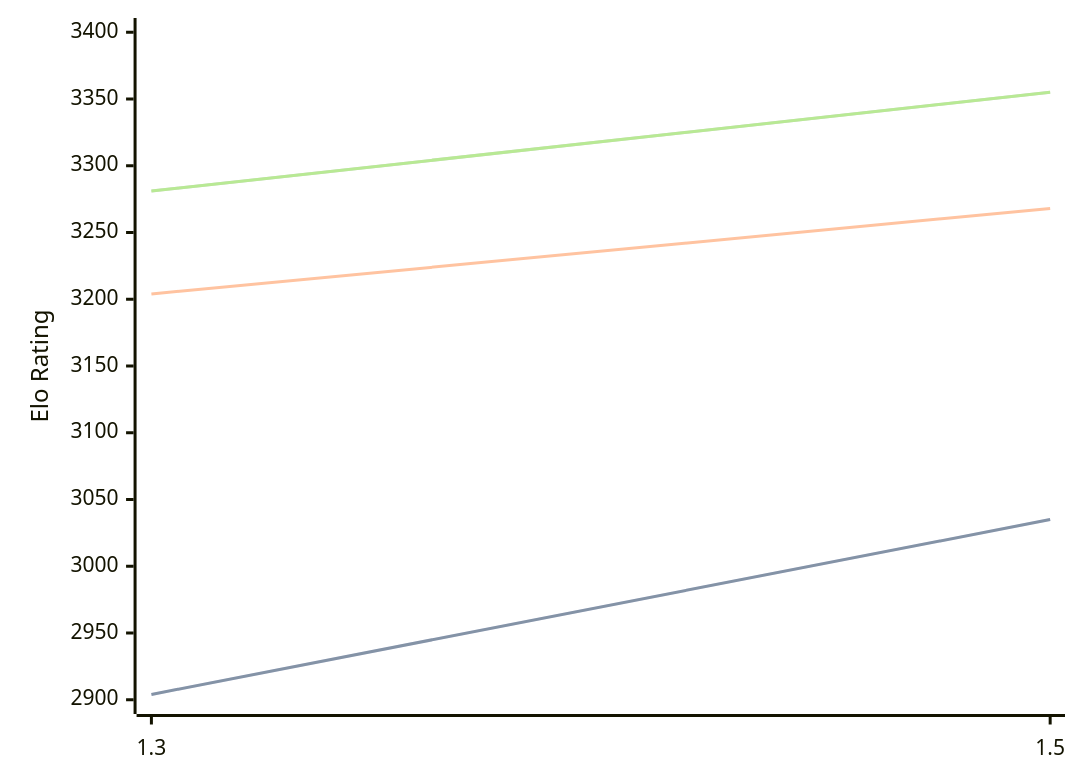
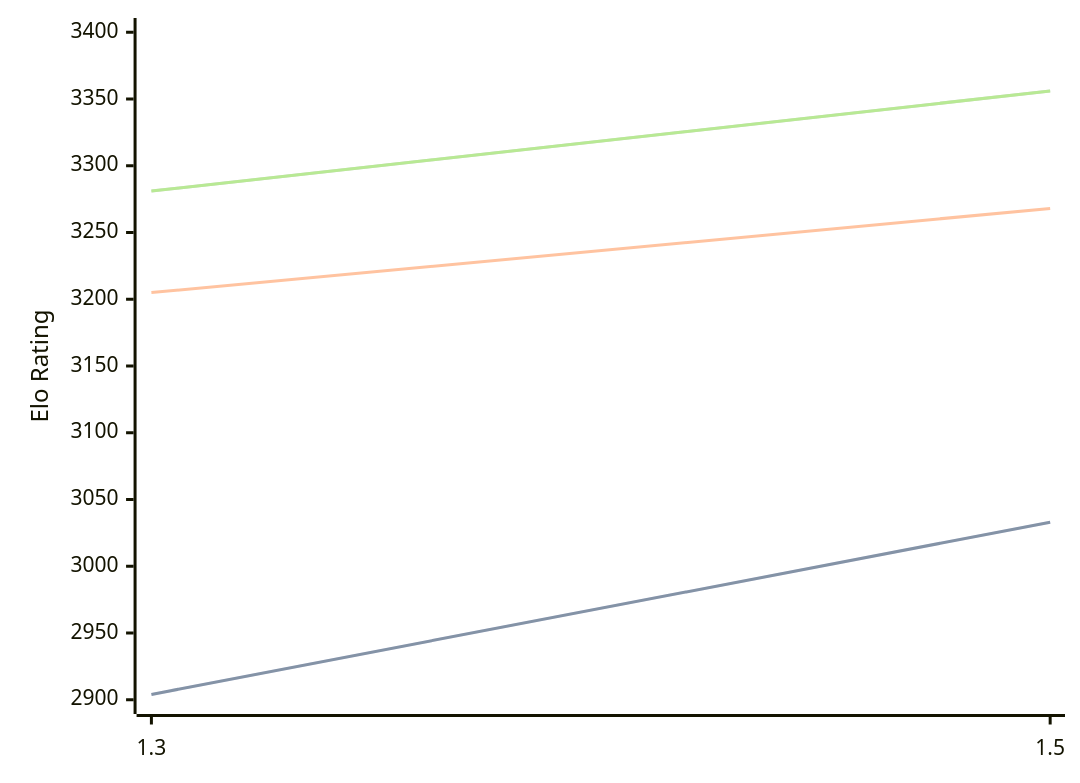
One commit to computer-chess-index/cci changed the diagram in engines/Lambergar.md. Above: the diagram before and after it, drawn with Mermaid. The commit also changed other lines of this file, not shown here.

Commit message:
Update CCI Ratings (ELO VLTC) - 2026-08-19

````diff
--- a/engines/Lambergar.md
+++ b/engines/Lambergar.md
@@ -32,11 +32,11 @@
 ```mermaid
 %%{init: {"theme":"base","themeVariables":{"seriesColors:['#a3a3a3','#222221','#faa371']}}}%%
 xychart-beta
   x-axis ["1.3", "1.5"]
   y-axis "Elo Rating" 2900 --> 3400
-  line "STC (8.0+0.08s)" [2904, 3035]
-  line "STC (8.0+0.08s)" [2904, 3035]
-  line "LTC (60.0+0.60s)" [3204, 3268]
-  line "VLTC (2m24s+1.12s)" [3281, 3355]
-  line "VLTC (2m24s+1.12s)" [3281, 3355]
+  line "STC (8.0+0.08s)" [2904, 3033]
+  line "STC (8.0+0.08s)" [2904, 3033]
+  line "LTC (60.0+0.60s)" [3205, 3268]
+  line "VLTC (2m24s+1.12s)" [3281, 3356]
+  line "VLTC (2m24s+1.12s)" [3281, 3356]
 ```
````
